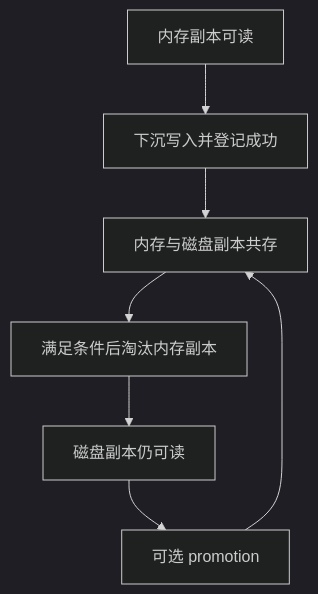
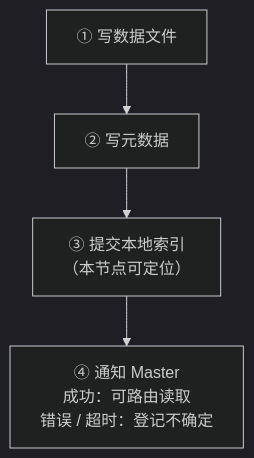
One commit to Hansyangxingxiang/Mooncake changed the second of 2 diagrams in mooncake-kv-cache-series/wechat/10-ssd-tiering.md. Above: the diagram before and after it, drawn with Mermaid (dark theme). The commit also changed other lines of this file and 66 other files, not shown here.

First line of the commit message:
[Docs] Refine WeChat KV cache diagrams and mobile publish artifacts

````diff
--- a/mooncake-kv-cache-series/wechat/10-ssd-tiering.md
+++ b/mooncake-kv-cache-series/wechat/10-ssd-tiering.md
@@ -27,9 +50,6 @@
 ```mermaid
 flowchart TB
-    M["内存副本可读"] --> O["下沉写入并登记成功"]
-    O --> MD["内存与磁盘副本共存"]
-    MD --> E["满足条件后淘汰内存副本"]
-    E --> D["磁盘副本仍可读"]
-    D --> P["可选 promotion"]
-    P --> MD
+    D["① 写数据文件"] --> MD["② 写元数据"]
+    MD --> I["③ 提交本地索引<br/>（本节点可定位）"]
+    I --> N["④ 通知 Master<br/>成功：可路由读取<br/>错误 / 超时：登记不确定"]
 ```
````
